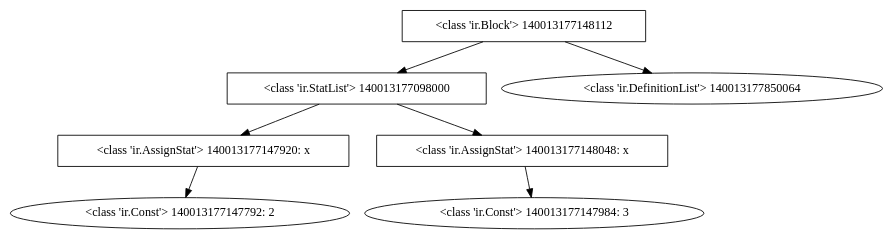
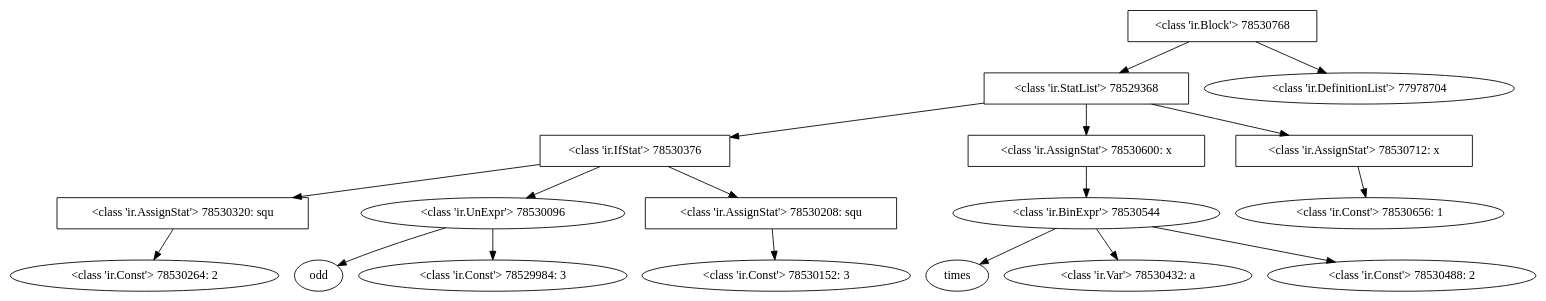
The diagram in log.dot (AloveIs/COT_lab), drawn with Graphviz before and after one commit. The commit also changed 16 other files, not shown here.

```diff
--- a/log.dot
+++ b/log.dot
@@ -1,15 +1,37 @@
 digraph G {
-140013177148112 [shape=box,label="<class 'ir.Block'> 140013177148112" ];
-140013177148112 -> 140013177098000;
-140013177148112 -> 140013177850064;
-140013177098000 [shape=box,label="<class 'ir.StatList'> 140013177098000" ];
-140013177098000 -> 140013177147920 [pos=0];
-140013177098000 -> 140013177148048 [pos=1];
-140013177147920 [shape=box,label="<class 'ir.AssignStat'> 140013177147920: x" ];
-140013177147920 -> 140013177147792;
-140013177147792 [label="<class 'ir.Const'> 140013177147792: 2" ];
-140013177148048 [shape=box,label="<class 'ir.AssignStat'> 140013177148048: x" ];
-140013177148048 -> 140013177147984;
-140013177147984 [label="<class 'ir.Const'> 140013177147984: 3" ];
-140013177850064 [label="<class 'ir.DefinitionList'> 140013177850064" ];
+78530768 [shape=box,label="<class 'ir.Block'> 78530768" ];
+78530768 -> 78529368;
+78530768 -> 77978704;
+78529368 [shape=box,label="<class 'ir.StatList'> 78529368" ];
+78529368 -> 78530376 [pos=0];
+78529368 -> 78530600 [pos=1];
+78529368 -> 78530712 [pos=2];
+78530376 [shape=box,label="<class 'ir.IfStat'> 78530376" ];
+78530376 -> 78530320;
+78530376 -> 78530096;
+78530376 -> 78530208;
+78530320 [shape=box,label="<class 'ir.AssignStat'> 78530320: squ" ];
+78530320 -> 78530264;
+78530264 [label="<class 'ir.Const'> 78530264: 2" ];
+78530096 [label="<class 'ir.UnExpr'> 78530096" ];
+78530096 -> 78624048 [pos=0];
+78624048 [label=odd];
+78530096 -> 78529984 [pos=1];
+78529984 [label="<class 'ir.Const'> 78529984: 3" ];
+78530208 [shape=box,label="<class 'ir.AssignStat'> 78530208: squ" ];
+78530208 -> 78530152;
+78530152 [label="<class 'ir.Const'> 78530152: 3" ];
+78530600 [shape=box,label="<class 'ir.AssignStat'> 78530600: x" ];
+78530600 -> 78530544;
+78530544 [label="<class 'ir.BinExpr'> 78530544" ];
+78530544 -> 76435168 [pos=0];
+76435168 [label=times];
+78530544 -> 78530432 [pos=1];
+78530544 -> 78530488 [pos=2];
+78530432 [label="<class 'ir.Var'> 78530432: a" ];
+78530488 [label="<class 'ir.Const'> 78530488: 2" ];
+78530712 [shape=box,label="<class 'ir.AssignStat'> 78530712: x" ];
+78530712 -> 78530656;
+78530656 [label="<class 'ir.Const'> 78530656: 1" ];
+77978704 [label="<class 'ir.DefinitionList'> 77978704" ];
 }
```
